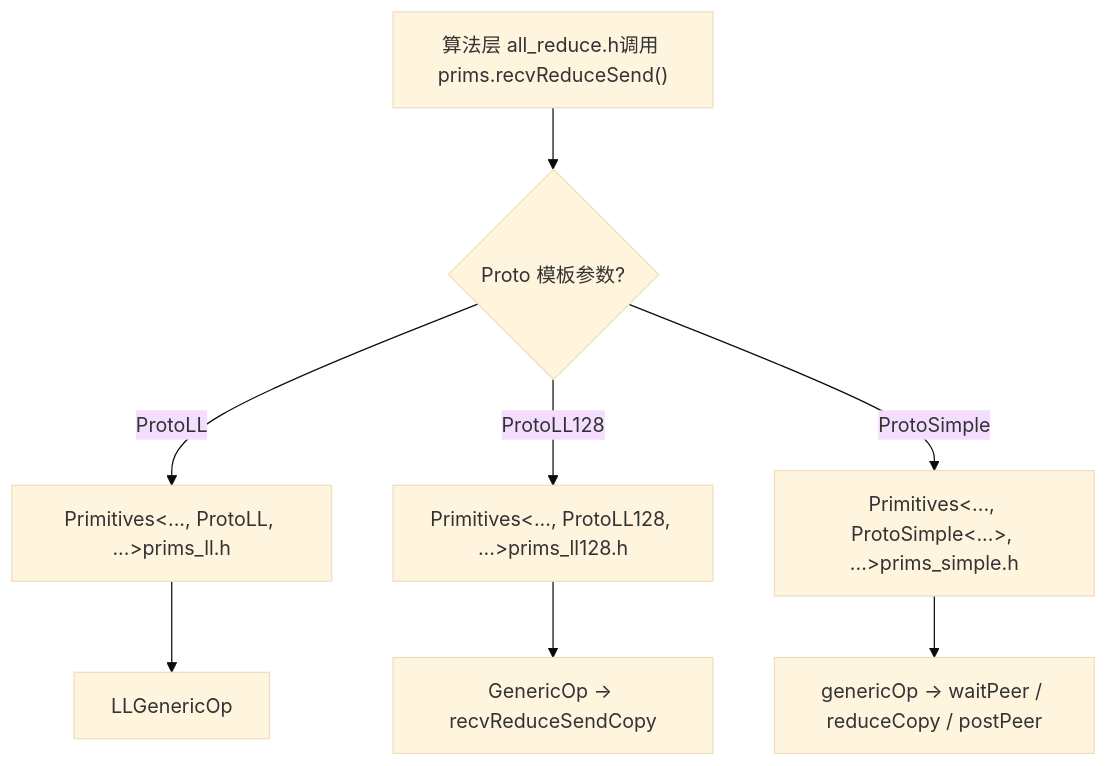
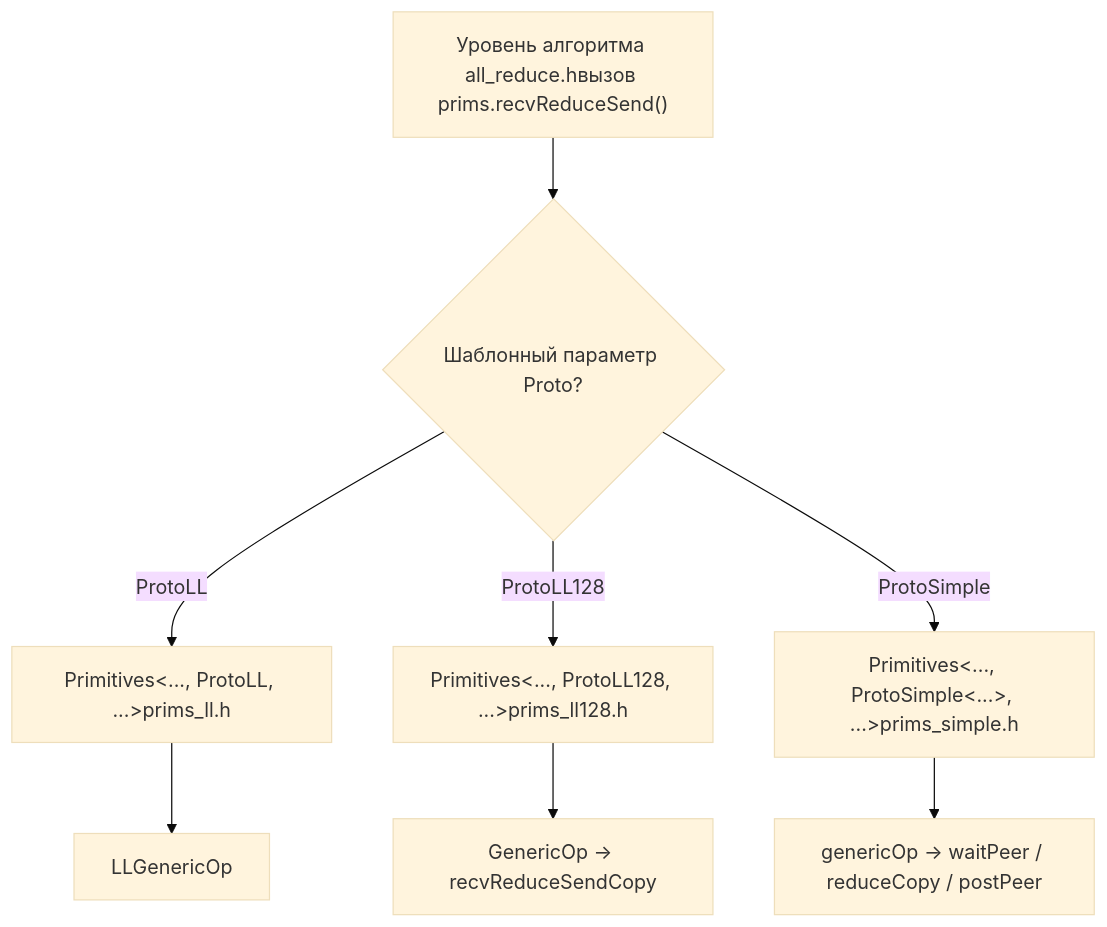
The first of 2 diagrams in books/nccl/ru/09-device-primitives-ll-ll128-simple.md (maleRjc/AiReadCodeBooks), drawn with Mermaid (base theme) before and after one commit. The commit also changed other lines of this file and 74 other files, not shown here.

````diff
--- a/books/nccl/ru/09-device-primitives-ll-ll128-simple.md
+++ b/books/nccl/ru/09-device-primitives-ll-ll128-simple.md
@@ -18,10 +20,10 @@
 ```mermaid
 flowchart TD
-    algo["算法层 all_reduce.h调用 prims.recvReduceSend()"] --> dispatch{"Proto 模板参数?"}
+    algo["Уровень алгоритма all_reduce.hвызов prims.recvReduceSend()"] --> dispatch{"Шаблонный параметр Proto?"}
     dispatch -->|ProtoLL| ll["Primitives<..., ProtoLL, ...>prims_ll.h"]
     dispatch -->|ProtoLL128| ll128["Primitives<..., ProtoLL128, ...>prims_ll128.h"]
     dispatch -->|ProtoSimple| simple["Primitives<..., ProtoSimple<...>, ...>prims_simple.h"]
     ll --> llop["LLGenericOp<RECV,SEND,SrcBuf,DstBuf>"]
     ll128 --> ll128op["GenericOp -> recvReduceSendCopy"]
     simple --> simpleop["genericOp -> waitPeer / reduceCopy / postPeer"]
 ```
````
